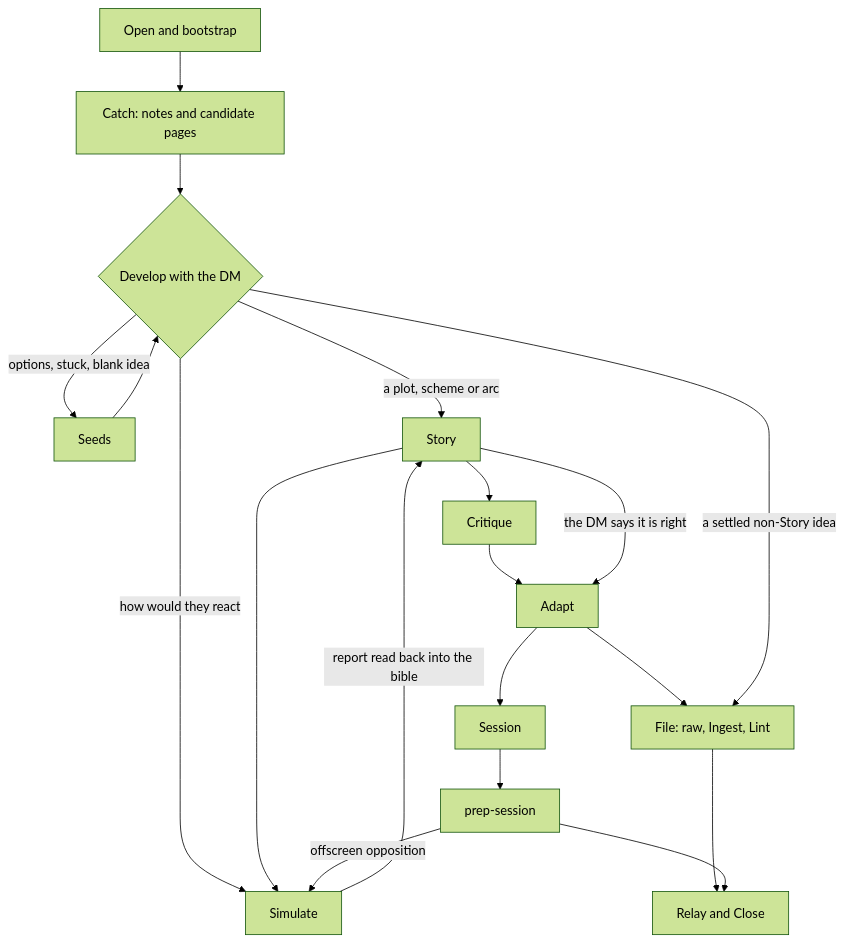
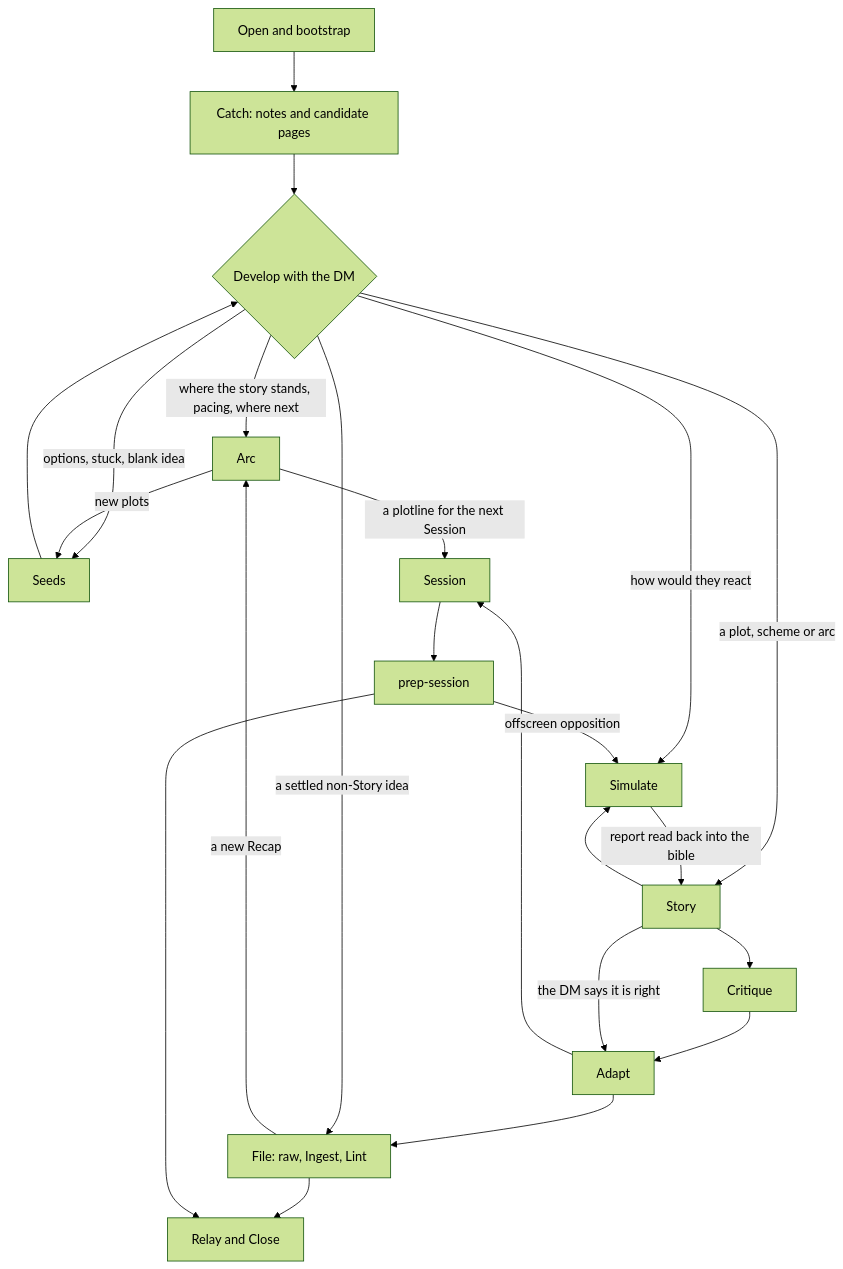
The diagram in docs/creative-process.md (Thedougler/campaign-foundry), drawn with Mermaid (forest theme) before and after one commit. The commit also changed other lines of this file and 773 other files, not shown here.

````diff
--- a/docs/creative-process.md
+++ b/docs/creative-process.md
@@ -17,21 +18,25 @@
 ```mermaid
 flowchart TD
     Open["Open and bootstrap"] --> Catch["Catch: notes and candidate pages"]
     Catch --> Develop{"Develop with the DM"}
     Develop -->|"options, stuck, blank idea"| Seeds["Seeds"]
     Seeds --> Develop
+    Develop -->|"where the story stands, pacing, where next"| Arc["Arc"]
+    Arc -->|"new plots"| Seeds
+    Arc -->|"a plotline for the next Session"| Session
     Develop -->|"a plot, scheme or arc"| Story["Story"]
     Develop -->|"how would they react"| Simulate["Simulate"]
     Story --> Simulate
     Simulate -->|"report read back into the bible"| Story
     Story --> Critique["Critique"]
     Critique --> Adapt["Adapt"]
     Story -->|"the DM says it is right"| Adapt
     Adapt --> Session["Session"]
     Adapt --> File["File: raw, Ingest, Lint"]
+    File -->|"a new Recap"| Arc
     Develop -->|"a settled non-Story idea"| File
     Session --> Prep["prep-session"]
     Prep -->|"offscreen opposition"| Simulate
     File --> Relay["Relay and Close"]
     Prep --> Relay
 ```
````
